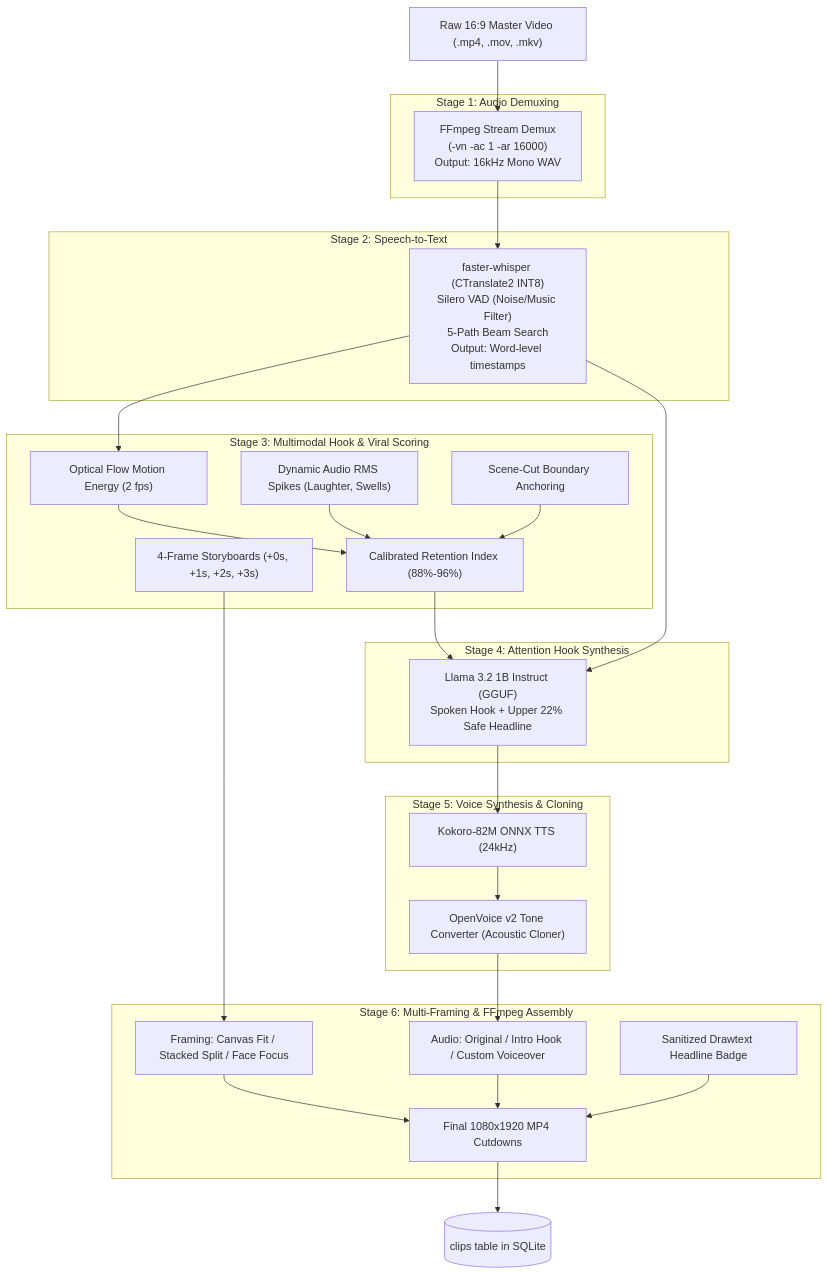
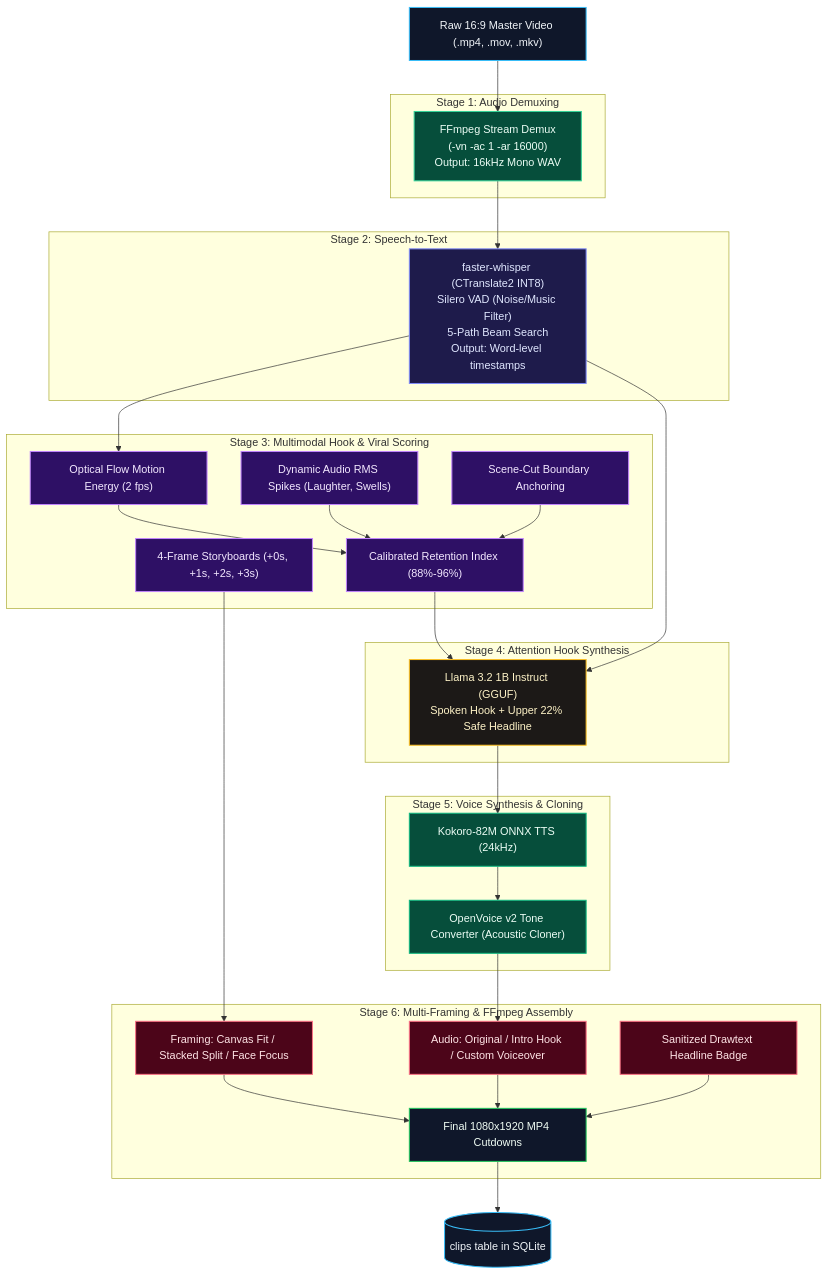
The second of 4 diagrams in backend/README.md (DivyamJoshi2005/Alfred), drawn with Mermaid before and after one commit. The commit also changed other lines of this file and 1 other file, not shown here.

Commit message:
docs: add minimal, vibrant slate & neon accent styling to all Mermaid architecture diagrams

````diff
--- a/backend/README.md
+++ b/backend/README.md
@@ -110,46 +117,55 @@
 ```mermaid
 flowchart TD
-    VideoInput["Raw 16:9 Master Video (.mp4, .mov, .mkv)"] --> S1
+    classDef input fill:#0f172a,stroke:#38bdf8,stroke-width:1.5px,color:#f1f5f9;
+    classDef demux fill:#064e3b,stroke:#34d399,stroke-width:1.5px,color:#ecfdf5;
+    classDef whisper fill:#1e1b4b,stroke:#818cf8,stroke-width:1.5px,color:#e0e7ff;
+    classDef vision fill:#2e1065,stroke:#c084fc,stroke-width:1.5px,color:#f3e8ff;
+    classDef llama fill:#1c1917,stroke:#fbbf24,stroke-width:1.5px,color:#fef3c7;
+    classDef tts fill:#064e3b,stroke:#10b981,stroke-width:1.5px,color:#ecfdf5;
+    classDef mux fill:#4c0519,stroke:#fb7185,stroke-width:1.5px,color:#ffe4e6;
+    classDef out fill:#0f172a,stroke:#22c55e,stroke-width:1.5px,color:#f0fdf4;
+
+    VideoInput["Raw 16:9 Master Video (.mp4, .mov, .mkv)"]:::input --> S1
     
     subgraph Stage1 ["Stage 1: Audio Demuxing"]
-        S1["FFmpeg Stream Demux\n(-vn -ac 1 -ar 16000)\nOutput: 16kHz Mono WAV"]
+        S1["FFmpeg Stream Demux\n(-vn -ac 1 -ar 16000)\nOutput: 16kHz Mono WAV"]:::demux
     end
 
     subgraph Stage2 ["Stage 2: Speech-to-Text"]
-        S2["faster-whisper (CTranslate2 INT8)\nSilero VAD (Noise/Music Filter)\n5-Path Beam Search\nOutput: Word-level timestamps"]
+        S2["faster-whisper (CTranslate2 INT8)\nSilero VAD (Noise/Music Filter)\n5-Path Beam Search\nOutput: Word-level timestamps"]:::whisper
     end
 
     subgraph Stage3 ["Stage 3: Multimodal Hook & Viral Scoring"]
-        S3A["Optical Flow Motion Energy (2 fps)"]
-        S3B["Dynamic Audio RMS Spikes (Laughter, Swells)"]
-        S3C["Scene-Cut Boundary Anchoring"]
-        S3D["4-Frame Storyboards (+0s, +1s, +2s, +3s)"]
-        S3E["Calibrated Retention Index (88%-96%)"]
+        S3A["Optical Flow Motion Energy (2 fps)"]:::vision
+        S3B["Dynamic Audio RMS Spikes (Laughter, Swells)"]:::vision
+        S3C["Scene-Cut Boundary Anchoring"]:::vision
+        S3D["4-Frame Storyboards (+0s, +1s, +2s, +3s)"]:::vision
+        S3E["Calibrated Retention Index (88%-96%)"]:::vision
         S3A & S3B & S3C --> S3E
     end
 
     subgraph Stage4 ["Stage 4: Attention Hook Synthesis"]
-        S4["Llama 3.2 1B Instruct (GGUF)\nSpoken Hook + Upper 22% Safe Headline"]
+        S4["Llama 3.2 1B Instruct (GGUF)\nSpoken Hook + Upper 22% Safe Headline"]:::llama
     end
 
     subgraph Stage5 ["Stage 5: Voice Synthesis & Cloning"]
-        S5A["Kokoro-82M ONNX TTS (24kHz)"]
-        S5B["OpenVoice v2 Tone Converter (Acoustic Cloner)"]
+        S5A["Kokoro-82M ONNX TTS (24kHz)"]:::tts
+        S5B["OpenVoice v2 Tone Converter (Acoustic Cloner)"]:::tts
         S5A --> S5B
     end
 
     subgraph Stage6 ["Stage 6: Multi-Framing & FFmpeg Assembly"]
-        S6A["Framing: Canvas Fit / Stacked Split / Face Focus"]
-        S6B["Audio: Original / Intro Hook / Custom Voiceover"]
-        S6C["Sanitized Drawtext Headline Badge"]
-        S6A & S6B & S6C --> S6Out["Final 1080x1920 MP4 Cutdowns"]
+        S6A["Framing: Canvas Fit / Stacked Split / Face Focus"]:::mux
+        S6B["Audio: Original / Intro Hook / Custom Voiceover"]:::mux
+        S6C["Sanitized Drawtext Headline Badge"]:::mux
+        S6A & S6B & S6C --> S6Out["Final 1080x1920 MP4 Cutdowns"]:::out
     end
 
     S1 --> S2 --> S3A
     S2 --> S4
     S3E --> S4
     S4 --> S5A
     S5B --> S6B
     S3D --> S6A
-    S6Out --> ClipsDB[("clips table in SQLite")]
+    S6Out --> ClipsDB[("clips table in SQLite")]:::input
 ```
````
